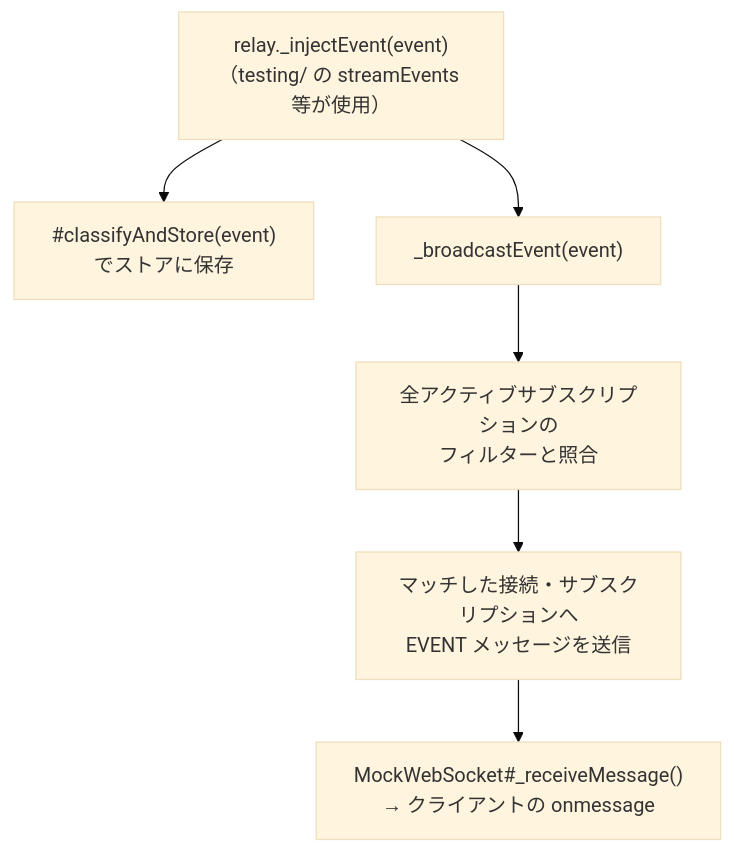
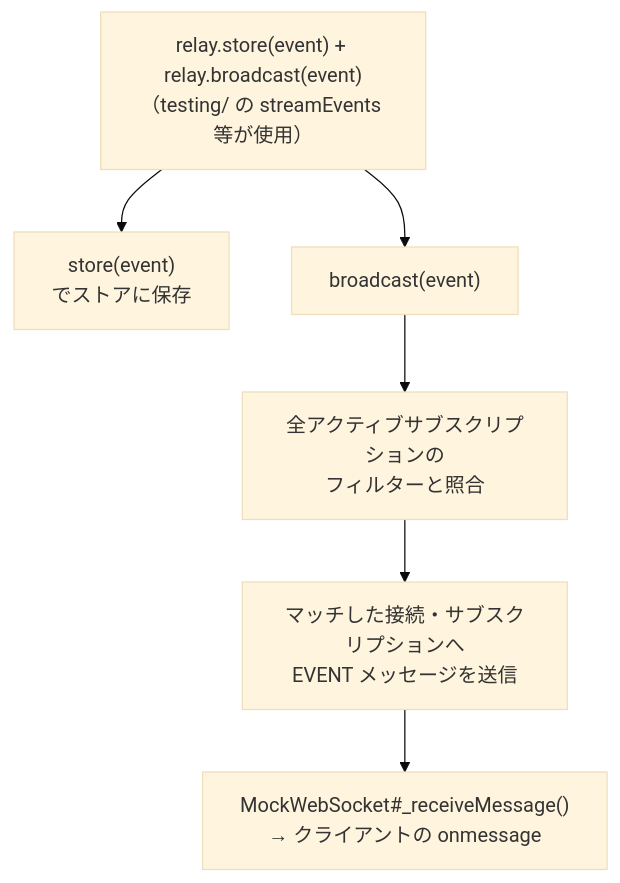
Before and after one commit to ikuradon/tsunagiya: diagram 14 of 15 in docs/reference/architecture.md, drawn with Mermaid (base theme). The commit also changed other lines of this file and 9 other files, not shown here.

````diff
--- a/docs/reference/architecture.md
+++ b/docs/reference/architecture.md
@@ -373,9 +378,9 @@
 ```mermaid
 flowchart TD
-    Inject["relay._injectEvent(event)\n（testing/ の streamEvents 等が使用）"]
-    Inject --> Classify["#classifyAndStore(event)\nでストアに保存"]
-    Inject --> Broadcast["_broadcastEvent(event)"]
+    Inject["relay.store(event) + relay.broadcast(event)\n（testing/ の streamEvents 等が使用）"]
+    Inject --> Classify["store(event)\nでストアに保存"]
+    Inject --> Broadcast["broadcast(event)"]
     Broadcast --> Filter["全アクティブサブスクリプションの\nフィルターと照合"]
     Filter --> Match["マッチした接続・サブスクリプションへ\nEVENT メッセージを送信"]
     Match --> Recv["MockWebSocket#_receiveMessage()\n→ クライアントの onmessage"]
 ```
````
